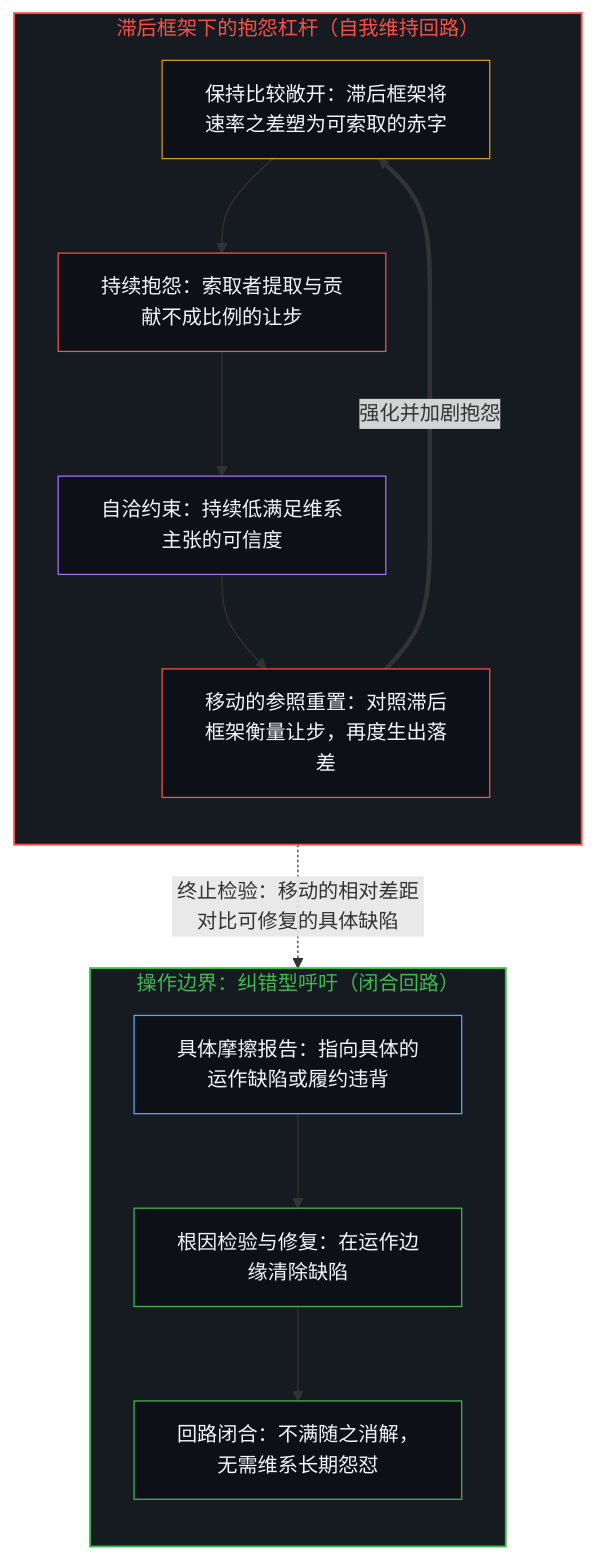
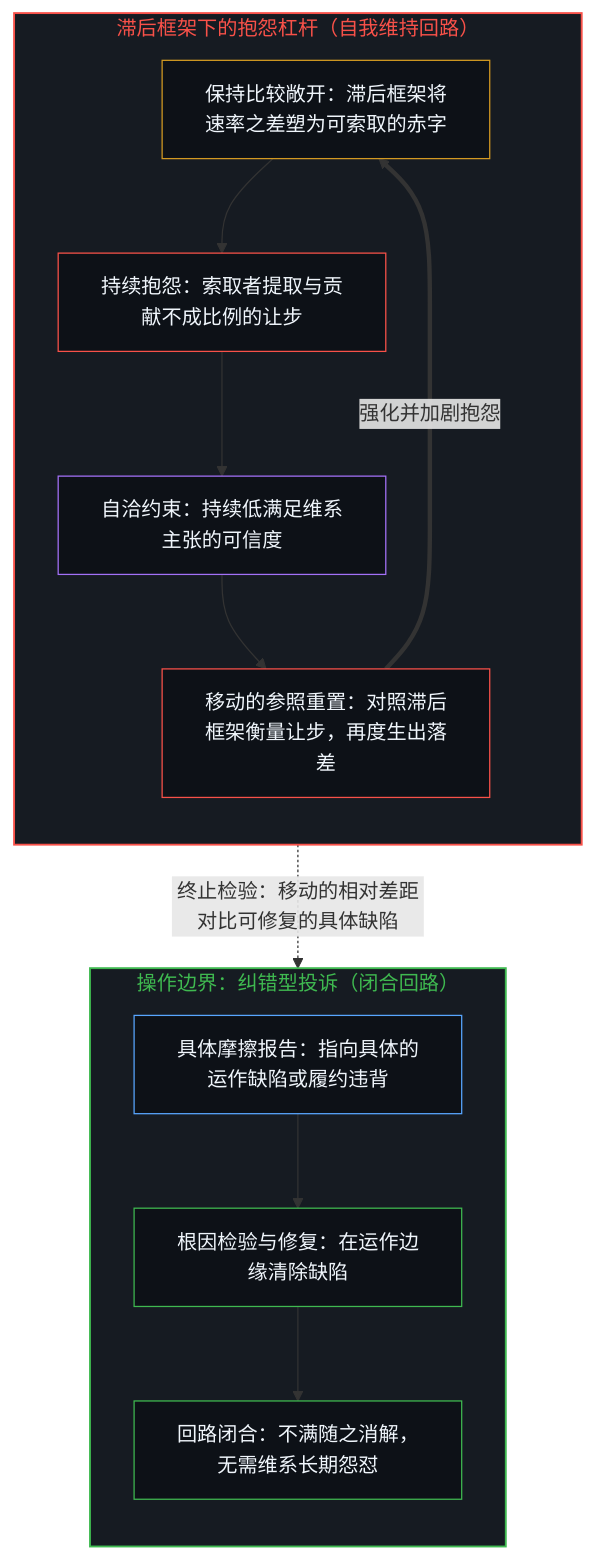
One commit to powerpig99/not-a-toe changed the third of 4 diagrams in content/posts/relative-differentials-and-the-compounding-of-comparison.md. Above: the diagram before and after it, drawn with Mermaid. The commit also changed other lines of this file and 24 other files, not shown here.

````diff
--- a/content/posts/relative-differentials-and-the-compounding-of-comparison.md
+++ b/content/posts/relative-differentials-and-the-compounding-of-comparison.md
@@ -113,29 +113,29 @@
 ```mermaid
 flowchart TD
     subgraph S_Loop["滞后框架下的抱怨杠杆（自我维持回路）"]
         direction TB
         G1["保持比较敞开：滞后框架将速率之差塑为可索取的赤字"]
         G2["持续抱怨：索取者提取与贡献不成比例的让步"]
         G3["自洽约束：持续低满足维系主张的可信度"]
         G4["移动的参照重置：对照滞后框架衡量让步，再度生出落差"]
         G1 --> G2 --> G3 --> G4
         G4 ==>|"强化并加剧抱怨"| G1
     end
-    subgraph S_Bound["操作边界：纠错型呼吁（闭合回路）"]
+    subgraph S_Bound["操作边界：纠错型投诉（闭合回路）"]
         direction TB
         V1["具体摩擦报告：指向具体的运作缺陷或履约违背"]
         V2["根因检验与修复：在运作边缘清除缺陷"]
         V3["回路闭合：不满随之消解，无需维系长期怨怼"]
         V1 --> V2 --> V3
     end
     G4 -.->|"终止检验：移动的相对差距对比可修复的具体缺陷"| V1
     style S_Loop fill:#161b22,stroke:#f85149,stroke-width:1.5px,color:#f85149
     style S_Bound fill:#161b22,stroke:#3fb950,stroke-width:1.5px,color:#3fb950
     style G1 fill:#0d1117,stroke:#d29922,stroke-width:1px,color:#f0f6fc
     style G2 fill:#0d1117,stroke:#f85149,stroke-width:1px,color:#f0f6fc
     style G3 fill:#0d1117,stroke:#a371f7,stroke-width:1px,color:#f0f6fc
     style G4 fill:#0d1117,stroke:#f85149,stroke-width:1px,color:#f0f6fc
     style V1 fill:#0d1117,stroke:#58a6ff,stroke-width:1px,color:#f0f6fc
     style V2 fill:#0d1117,stroke:#3fb950,stroke-width:1px,color:#f0f6fc
     style V3 fill:#0d1117,stroke:#3fb950,stroke-width:1px,color:#f0f6fc
 ```
````
